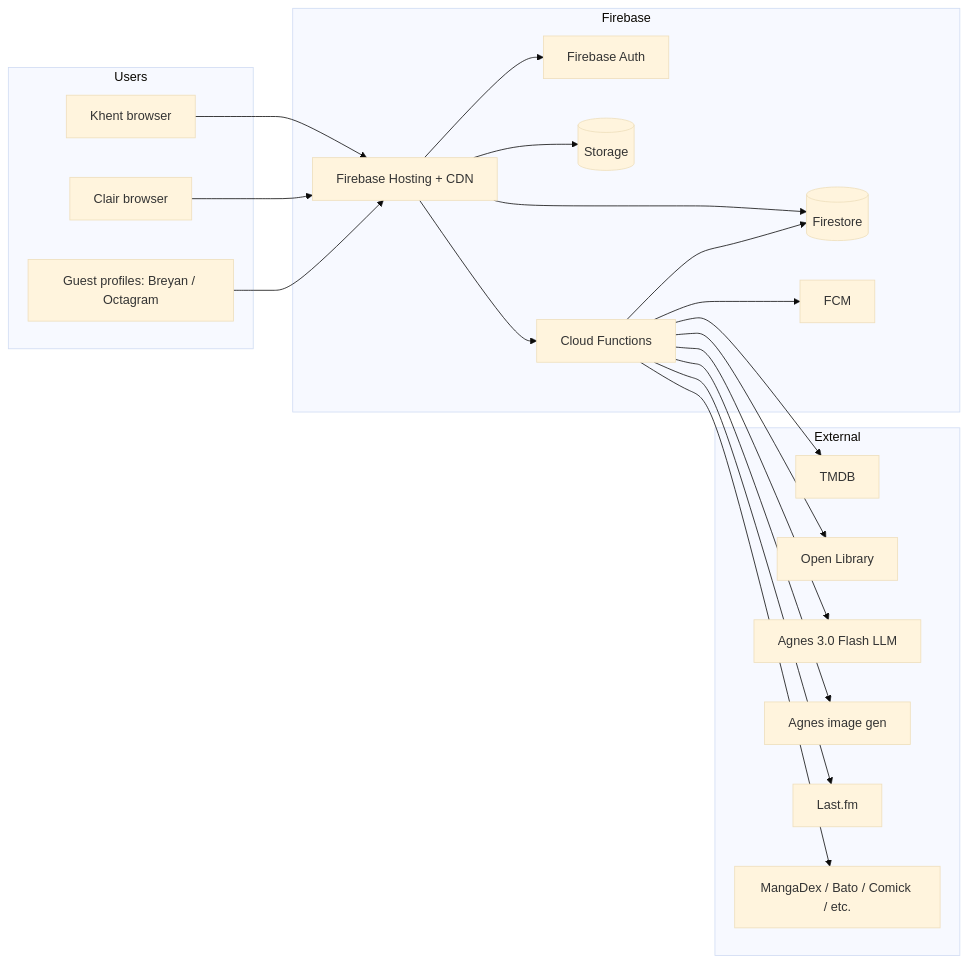
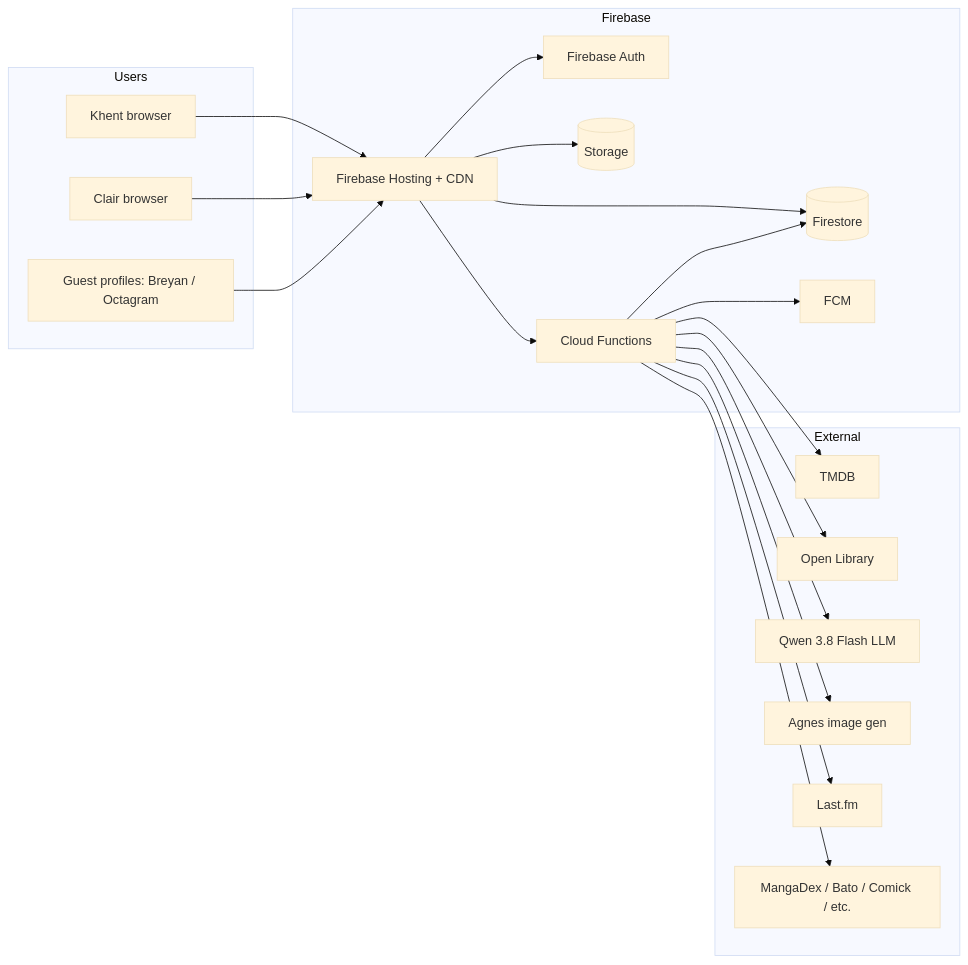
Before and after one commit to khentmoba/Everglow: the first of 7 diagrams in docs/ARCHITECTURE.md, drawn with Mermaid (base theme). The commit also changed other lines of this file and 13 other files, not shown here.

First line of the commit message:
feat(motchi): switch chat to TokenHarbor Qwen 3.8 Flash

````diff
--- a/docs/ARCHITECTURE.md
+++ b/docs/ARCHITECTURE.md
@@ -32,42 +32,42 @@
 ```mermaid
 flowchart LR
   subgraph Users
     K[Khent browser]
     C[Clair browser]
     G[Guest profiles: Breyan / Octagram]
   end
 
   subgraph Firebase
     H[Firebase Hosting + CDN]
     A[Firebase Auth]
     F[(Firestore)]
     S[(Storage)]
     FN[Cloud Functions]
     M[FCM]
   end
 
   subgraph External
     TMDB[TMDB]
     OL[Open Library]
-    AGNES[Agnes 3.0 Flash LLM]
+    QWEN[Qwen 3.8 Flash LLM]
     AGNESIMG[Agnes image gen]
     LF[Last.fm]
     MD[MangaDex / Bato / Comick / etc.]
   end
 
   K --> H
   C --> H
   G --> H
   H --> A
   H --> F
   H --> S
   H --> FN
   FN --> F
   FN --> M
   FN --> TMDB
   FN --> OL
-  FN --> AGNES
+  FN --> QWEN
   FN --> AGNESIMG
   FN --> LF
   FN --> MD
 ```
````
